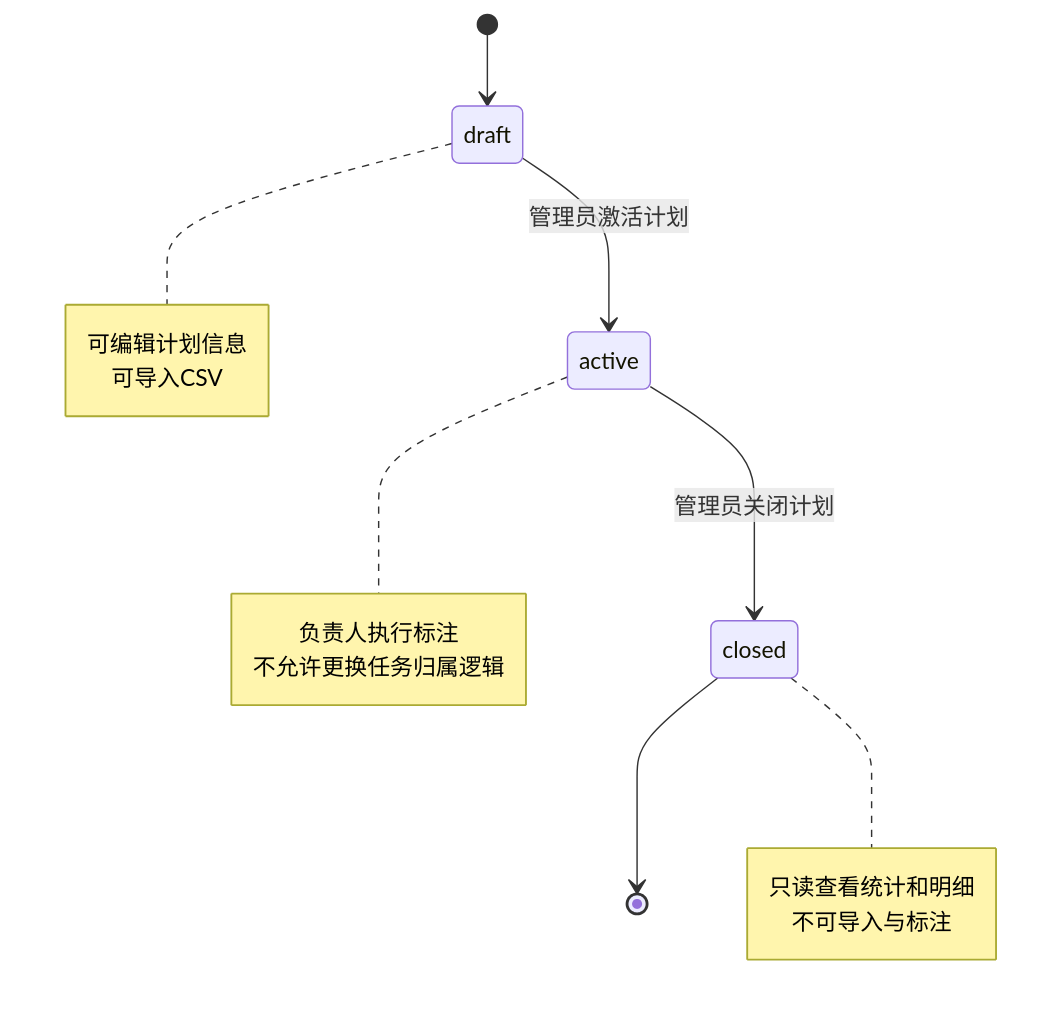
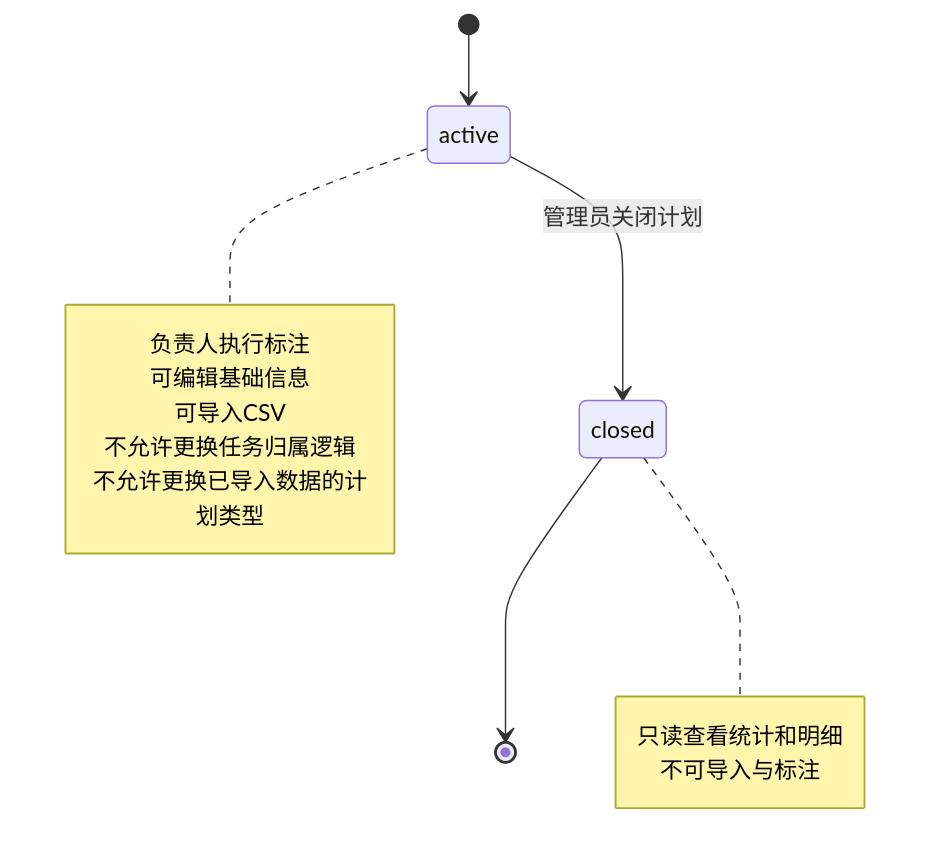
One commit to zhaoxiaowang1993/aicompare changed the third of 4 diagrams in openspec/specs/SPEC.md. Above: the diagram before and after it, drawn with Mermaid. The commit also changed other lines of this file and 74 other files, not shown here.

````diff
--- a/openspec/specs/SPEC.md
+++ b/openspec/specs/SPEC.md
@@ -182,22 +233,19 @@
 ```mermaid
 stateDiagram-v2
-  [*] --> draft
-  draft --> active: 管理员激活计划
+  [*] --> active
   active --> closed: 管理员关闭计划
   closed --> [*]
 
-  note right of draft
-    可编辑计划信息
-    可导入CSV
-  end note
-
   note right of active
     负责人执行标注
+    可编辑基础信息
+    可导入CSV
     不允许更换任务归属逻辑
+    不允许更换已导入数据的计划类型
   end note
 
   note right of closed
     只读查看统计和明细
     不可导入与标注
   end note
 ```
````
